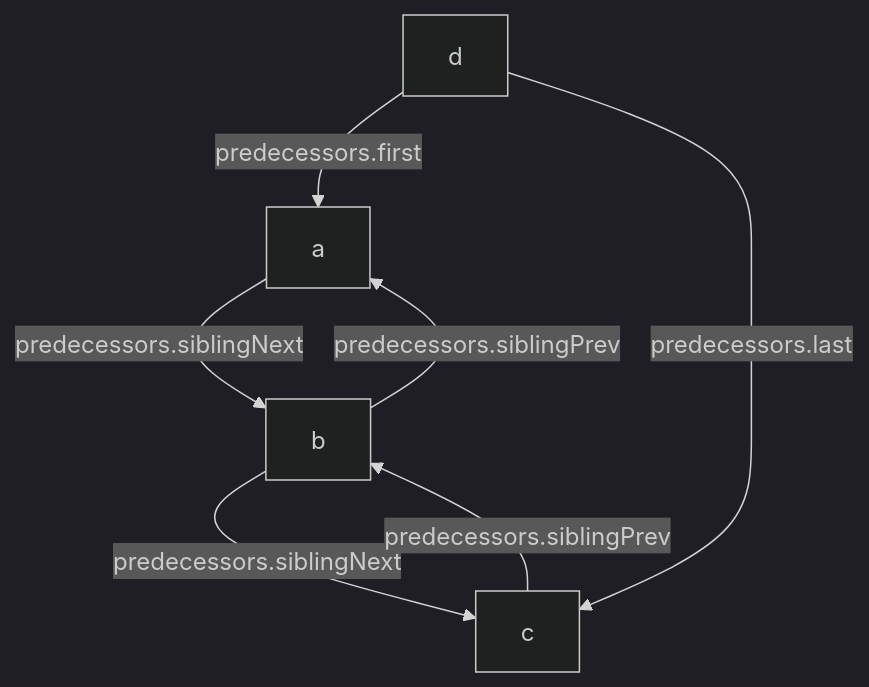
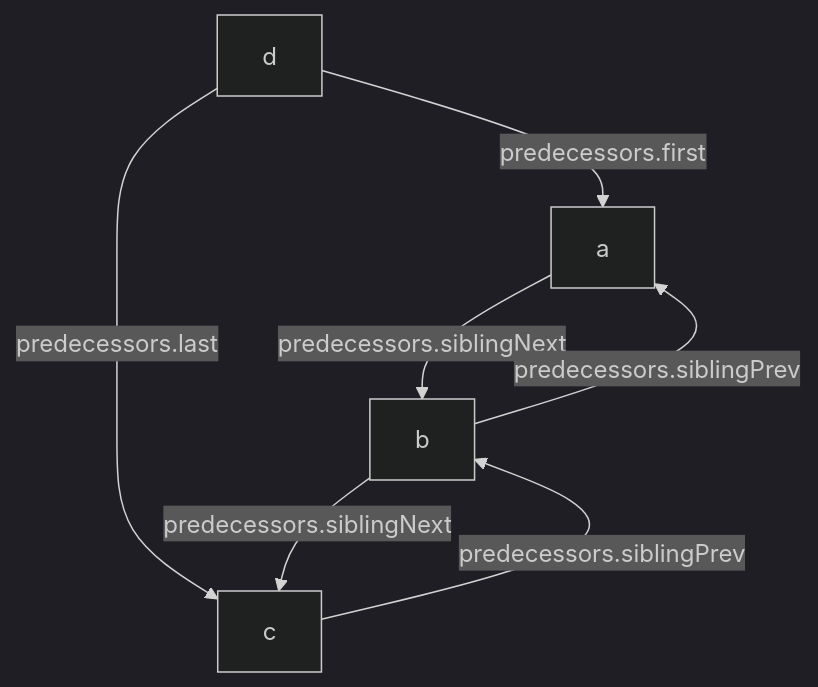
One commit to vczh-websites/vczh changed diagram 13 of 13 in Blog/GLR-Refactoring/Mermaid.md. Above: the diagram before and after it, drawn with Mermaid (dark theme).

````diff
--- a/Blog/GLR-Refactoring/Mermaid.md
+++ b/Blog/GLR-Refactoring/Mermaid.md
@@ -247,9 +247,10 @@
 ```mermaid
 graph TD
+  d-- predecessors.first -->a
+  d~~~b
+  d-- predecessors.last -->c
   a-- predecessors.siblingNext -->b
   b-- predecessors.siblingNext -->c
   c-- predecessors.siblingPrev -->b
   b-- predecessors.siblingPrev -->a
-  d-- predecessors.first -->a
-  d-- predecessors.last -->c
 ```
````
